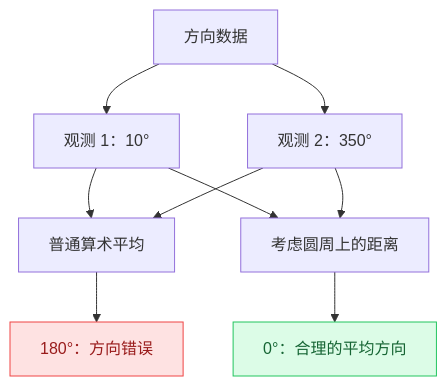
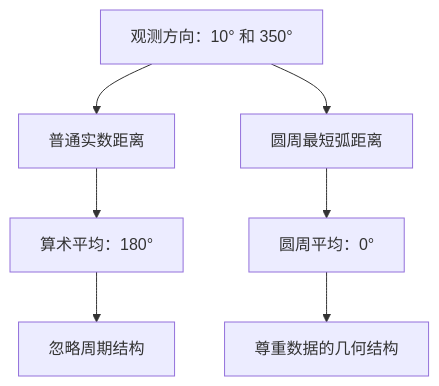
One commit to Salty-yeah-888/non-euclidean-statistics-notes changed the first of 4 diagrams in issues/001-metric-spaces.md. Above: the diagram before and after it, drawn with Mermaid. The commit also changed other lines of this file, not shown here.

````diff
--- a/issues/001-metric-spaces.md
+++ b/issues/001-metric-spaces.md
@@ -47,18 +62,11 @@
 ```mermaid
-flowchart TB
-    A["方向数据"] --> B["观测 1：10°"]
-    A --> C["观测 2：350°"]
+flowchart TD
+    A["观测方向：10° 和 350°"] --> B["普通实数距离"]
+    A --> C["圆周最短弧距离"]
 
-    B --> D["普通算术平均"]
-    C --> D
+    B --> D["算术平均：180°"]
+    C --> E["圆周平均：0°"]
 
-    D --> E["180°：方向错误"]
-
-    B --> F["考虑圆周上的距离"]
-    C --> F
-
-    F --> G["0°：合理的平均方向"]
-
-    style E fill:#fee2e2,color:#991b1b,stroke:#ef4444
-    style G fill:#dcfce7,color:#166534,stroke:#22c55e
+    D --> F["忽略周期结构"]
+    E --> G["尊重数据的几何结构"]
 ```
````
